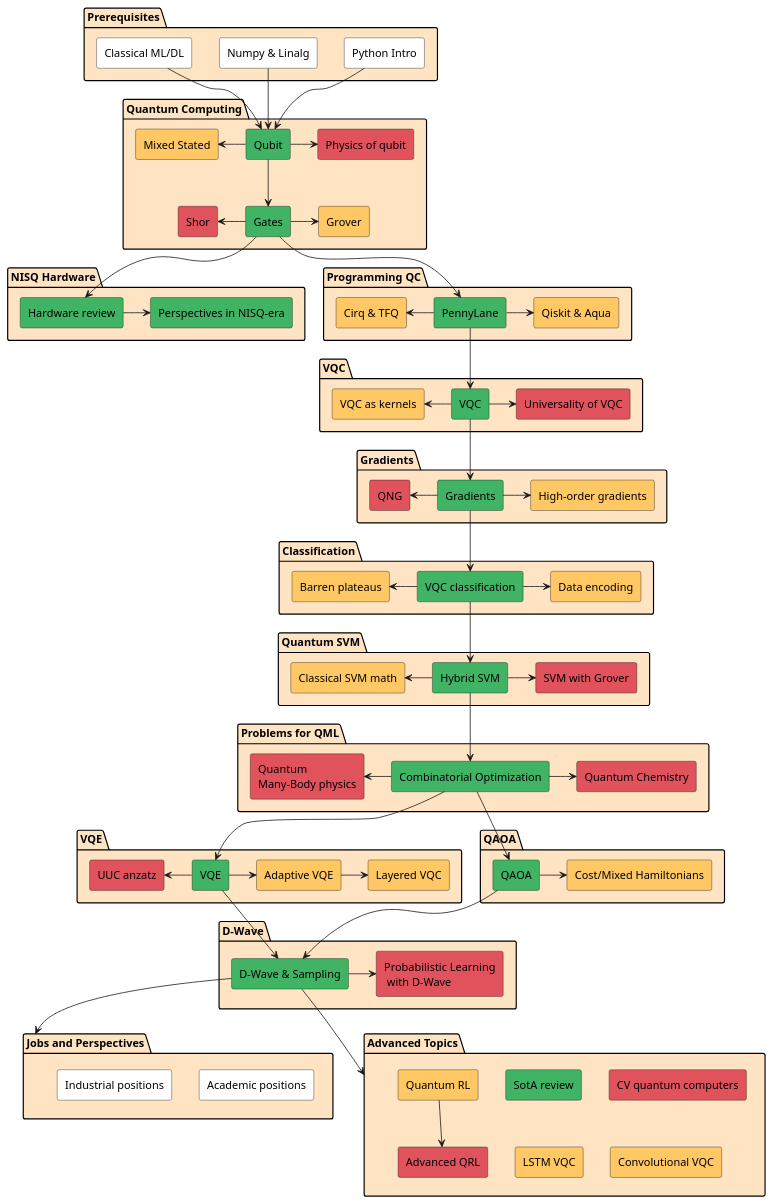
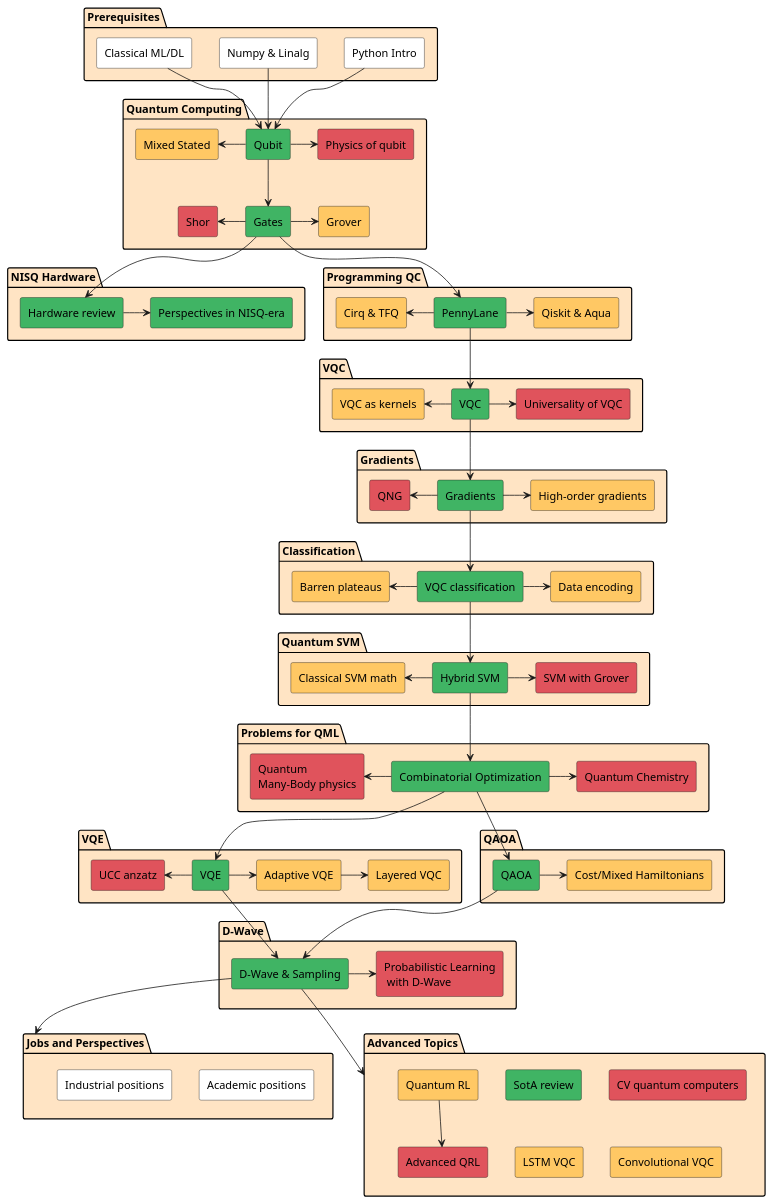
Before and after one commit to quantum-ods/qmlcourse: the diagram in qmlcourseRU/_static/index/program.plantuml, drawn with PlantUML. The commit also changed 4 other files, not shown here.

```diff
--- a/qmlcourseRU/_static/index/program.plantuml
+++ b/qmlcourseRU/_static/index/program.plantuml
@@ -1,144 +1,144 @@
 @startuml
 package "Prerequisites" #Bisque {
         rectangle "Python Intro" as python #White
         rectangle "Numpy & Linalg" as numpy #White
         rectangle "Classical ML/DL" as ml #White
 }
 
 package "Quantum Computing" as qci #Bisque {
         rectangle "Qubit" as qubit #40B464
         rectangle "Gates" as gates #40B464
         rectangle "Physics of qubit" as physq #E0535C
         rectangle "Mixed Stated" as mixed #FFC864
         rectangle "Grover" as grover #FFC864
         rectangle "Shor" as shor #E0535C
 }
 
 package "NISQ Hardware" #Bisque {
         rectangle "Hardware review" as review #40B464
         rectangle "Perspectives in NISQ-era" as nisq #40B464
 }
 
 package "Programming QC" #Bisque {
         rectangle "PennyLane" as pennylane #40B464
         rectangle "Qiskit & Aqua" as qiskit #FFC864
         rectangle "Cirq & TFQ" as cirq #FFC864
 }
 
 package "VQC" #Bisque {
         rectangle "VQC" as vqc #40B464
         rectangle "VQC as kernels" as kernelvqc #FFC864
         rectangle "Universality of VQC" as univvqc #E0535C
 }
 
 package "Gradients" #Bisque {
         rectangle "Gradients" as grad #40B464
         rectangle "High-order gradients" as hograd #FFC864
         rectangle "QNG" as qng #E0535C
 }
 
 package "Classification" #Bisque {
         rectangle "VQC classification" as vqcc #40B464
         rectangle "Barren plateaus" as barren #FFC864
         rectangle "Data encoding" as encoding #FFC864
 }
 
 package "Quantum SVM" #Bisque {
         rectangle "Hybrid SVM" as hsvm #40B464
         rectangle "Classical SVM math" as csvm #FFC864
         rectangle "SVM with Grover" as gsvm #E0535C
 }
 
 package "Problems for QML" #Bisque {
         rectangle "Combinatorial Optimization" as copt #40B464
         rectangle "Quantum\nMany-Body physics" as qmbp #E0535C
         rectangle "Quantum Chemistry" as qchem #E0535C
 }
 
 package "VQE" #Bisque {
         rectangle "VQE" as vqe #40B464
         rectangle "Adaptive VQE" as avqe #FFC864
         rectangle "Layered VQC" as lvqe #FFC864
-        rectangle "UUC anzatz" as uuc #E0535C
+        rectangle "UCC anzatz" as uuc #E0535C
 }
 
 package "QAOA" #Bisque {
         rectangle "QAOA" as qaoa #40B464
         rectangle "Cost/Mixed Hamiltonians" as hams #FFC864
 }
 
 package "D-Wave" #Bisque {
         rectangle "D-Wave & Sampling" as dwave #40B464
         rectangle "Probabilistic Learning\n with D-Wave" as probml #E0535C
 }
 
 package "Jobs and Perspectives" as jobs #Bisque {
         rectangle "Academic positions" as academic #White
         rectangle "Industrial positions" as industrial #White
 }
 
 package "Advanced Topics" as adv #Bisque {
         rectangle "SotA review" as sota #40B464
         rectangle "Quantum RL" as qrl #FFC864
         rectangle "Advanced QRL" as aqrl #E0535C
         rectangle "CV quantum computers" as svqc #E0535C
         rectangle "LSTM VQC" as lstm #FFC864
         rectangle "Convolutional VQC" as convvqc #FFC864
 }
 
 
 python --> qubit
 numpy --> qubit
 ml --> qubit
 
 qubit --> gates
 qubit -> physq
 mixed <- qubit
 gates -> grover
 shor <- gates
 
 gates --> review
 review -> nisq
 
 gates --> pennylane
 cirq <- pennylane
 pennylane -> qiskit
 
 pennylane --> vqc
 kernelvqc <- vqc
 vqc -> univvqc
 
 vqc --> grad
 qng <- grad
 grad -> hograd
 
 grad --> vqcc
 barren <- vqcc
 vqcc -> encoding
 
 vqcc --> hsvm
 csvm <- hsvm
 hsvm -> gsvm
 
 hsvm --> copt
 qmbp <- copt
 copt -> qchem
 
 copt --> vqe
 uuc <- vqe
 vqe -> avqe
 avqe -> lvqe
 
 copt --> qaoa
 qaoa -> hams
 
 qaoa --> dwave
 vqe --> dwave
 dwave -> probml
 
 dwave --> jobs
 
 dwave -->adv
 qrl --> aqrl
 
 @enduml
```
